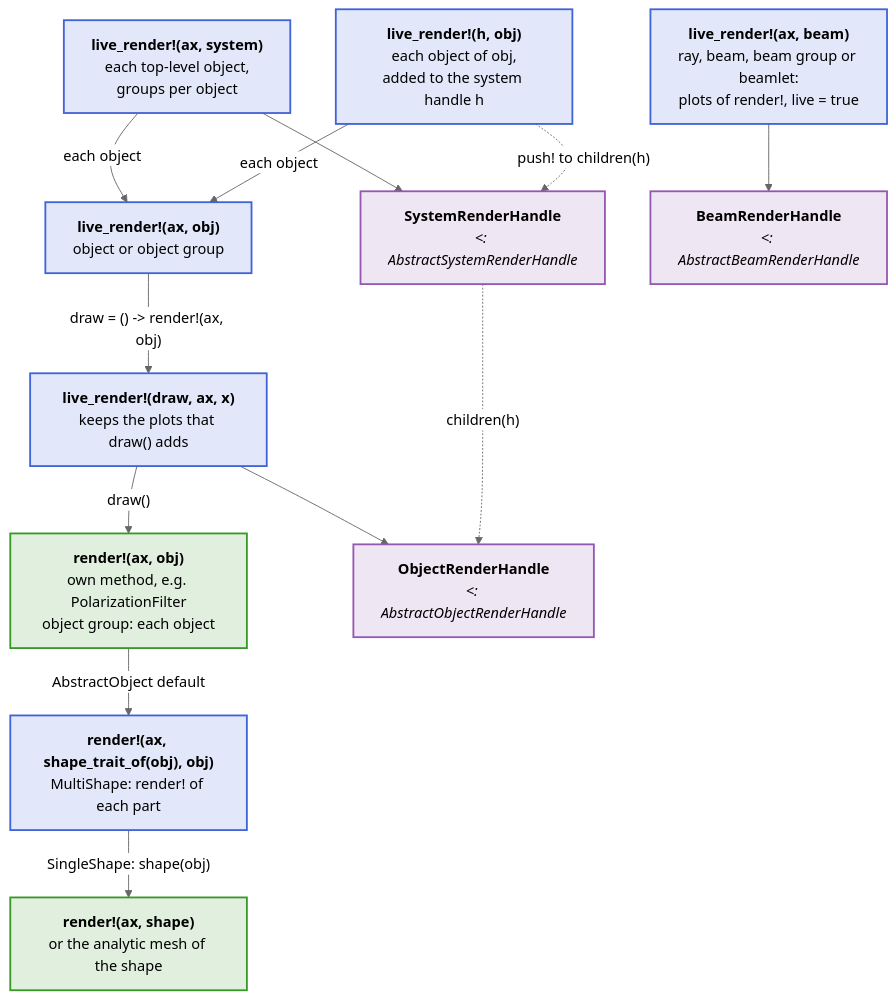
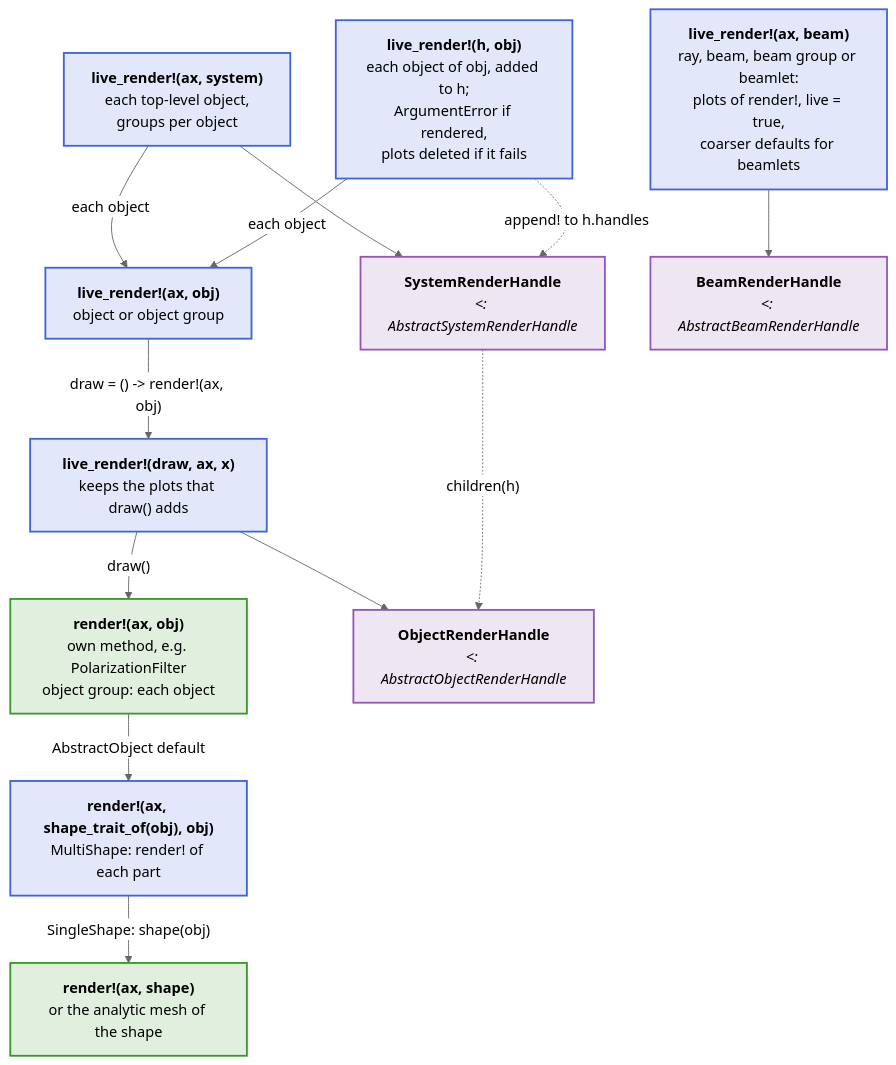
One commit to JuliaPhysics/BeamletOptics.jl changed the first of 3 diagrams in docs/src/api/rendering.md. Above: the diagram before and after it, drawn with Mermaid (neutral theme). The commit also changed other lines of this file and 63 other files, not shown here.

First line of the commit message:
Docs: align docs and docstrings with the code, drop color legends of the diagrams

````diff
--- a/docs/src/api/rendering.md
+++ b/docs/src/api/rendering.md
@@ -9,33 +9,33 @@
 ```mermaid
 flowchart TB
     S1["<b>live_render!(ax, system)</b><br/>each top-level object,<br/>groups per object"]
-    S2["<b>live_render!(h, obj)</b><br/>each object of obj,<br/>added to the system handle h"]
-    B1["<b>live_render!(ax, beam)</b><br/>ray, beam, beam group or beamlet:<br/>plots of render!, live = true"]
+    S2["<b>live_render!(h, obj)</b><br/>each object of obj, added to h;<br/>ArgumentError if rendered,<br/>plots deleted if it fails"]
+    B1["<b>live_render!(ax, beam)</b><br/>ray, beam, beam group or beamlet:<br/>plots of render!, live = true,<br/>coarser defaults for beamlets"]
     O1["<b>live_render!(ax, obj)</b><br/>object or object group"]
     SH["<b>SystemRenderHandle</b><br/><i>#lt;: AbstractSystemRenderHandle</i>"]
     BH["<b>BeamRenderHandle</b><br/><i>#lt;: AbstractBeamRenderHandle</i>"]
     D["<b>live_render!(draw, ax, x)</b><br/>keeps the plots that draw() adds"]
     R["<b>render!(ax, obj)</b><br/>own method, e.g. PolarizationFilter<br/>object group: each object"]
     OH["<b>ObjectRenderHandle</b><br/><i>#lt;: AbstractObjectRenderHandle</i>"]
     TR["<b>render!(ax, shape_trait_of(obj), obj)</b><br/>MultiShape: render! of each part"]
     SHP["<b>render!(ax, shape)</b><br/>or the analytic mesh of the shape"]
 
     S1 -- "each object" --> O1
     S2 -- "each object" --> O1
     S1 --> SH
-    S2 -. "push! to children(h)" .-> SH
+    S2 -. "append! to h.handles" .-> SH
     B1 --> BH
     O1 -- "draw = () -> render!(ax, obj)" --> D
     D -- "draw()" --> R
     D --> OH
     SH -. "children(h)" .-> OH
     R -- "AbstractObject default" --> TR
     TR -- "SingleShape: shape(obj)" --> SHP
 
     classDef blue fill:#4063D826,stroke:#4063D8,stroke-width:2px
     classDef green fill:#38982626,stroke:#389826,stroke-width:2px
     classDef purple fill:#9558B226,stroke:#9558B2,stroke-width:2px
     class S1,S2,O1,D,B1,TR blue
     class R,SHP green
     class SH,OH,BH purple
 ```
````
